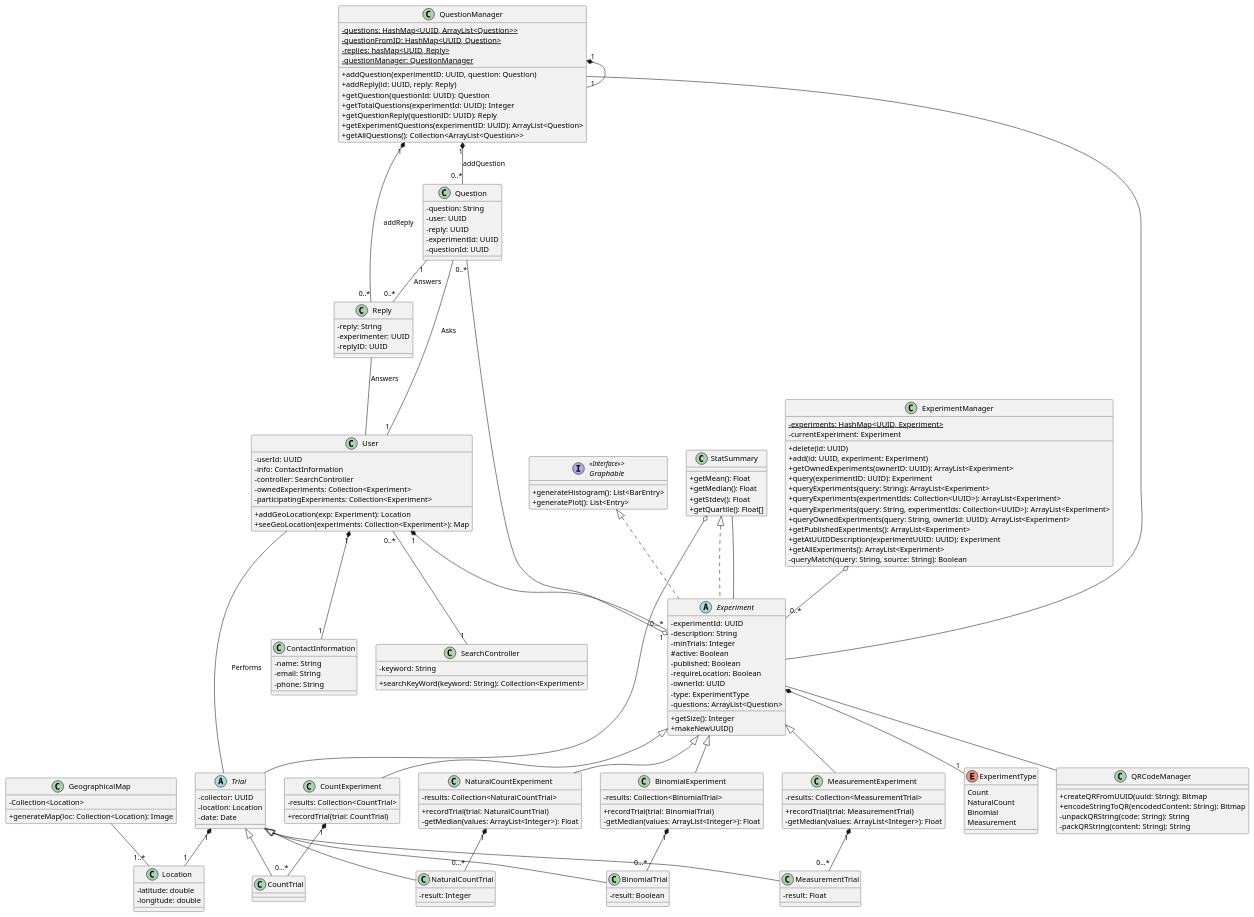
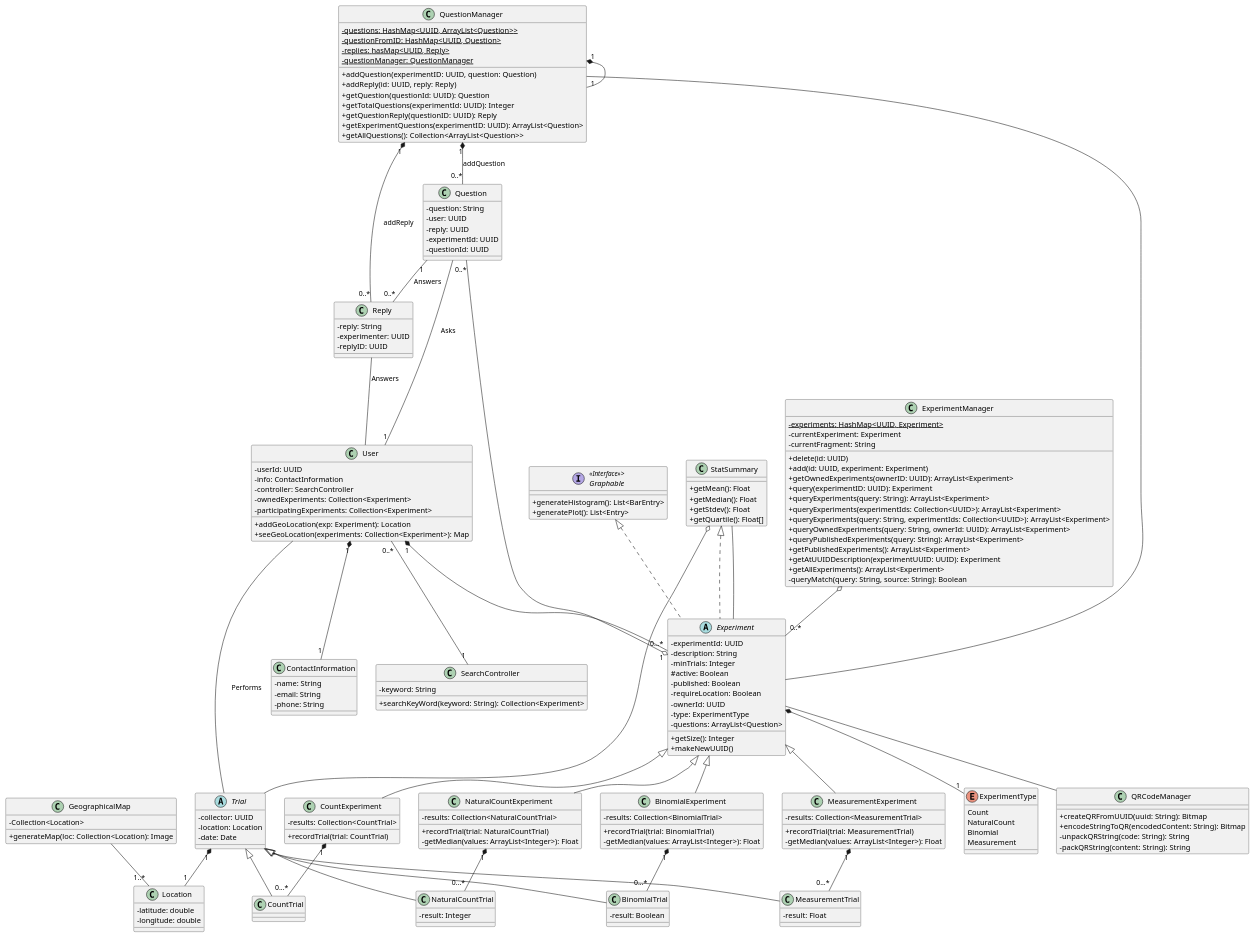
The diagram in doc/uml/uml.puml (CMPUT301W21T03/Experiment-Automata), drawn with PlantUML before and after one commit. The commit also changed 3 other files, not shown here.

Commit message:
Resolved nested search preventing proper search, final UML update for branch

```diff
--- a/doc/uml/uml.puml
+++ b/doc/uml/uml.puml
@@ -18,6 +18,7 @@
 class ExperimentManager{
    - {static} experiments: HashMap<UUID, Experiment> 
    - currentExperiment: Experiment 
+   - currentFragment: String
 
    + delete(id: UUID)
    + add(id: UUID, experiment: Experiment)
@@ -26,7 +27,8 @@
    + queryExperiments(query: String): ArrayList<Experiment> 
    + queryExperiments(experimentIds: Collection<UUID>): ArrayList<Experiment>
    + queryExperiments(query: String, experimentIds: Collection<UUID>): ArrayList<Experiment>
-   + queryOwnedExperiments(query: String, ownerId: UUID): ArrayList<Experiment> 
+   + queryOwnedExperiments(query: String, ownerId: UUID): ArrayList<Experiment>
+   + queryPublishedExperiments(query: String): ArrayList<Experiment>
    + getPublishedExperiments(): ArrayList<Experiment>
    + getAtUUIDDescription(experimentUUID: UUID): Experiment
    + getAllExperiments(): ArrayList<Experiment> 
```
